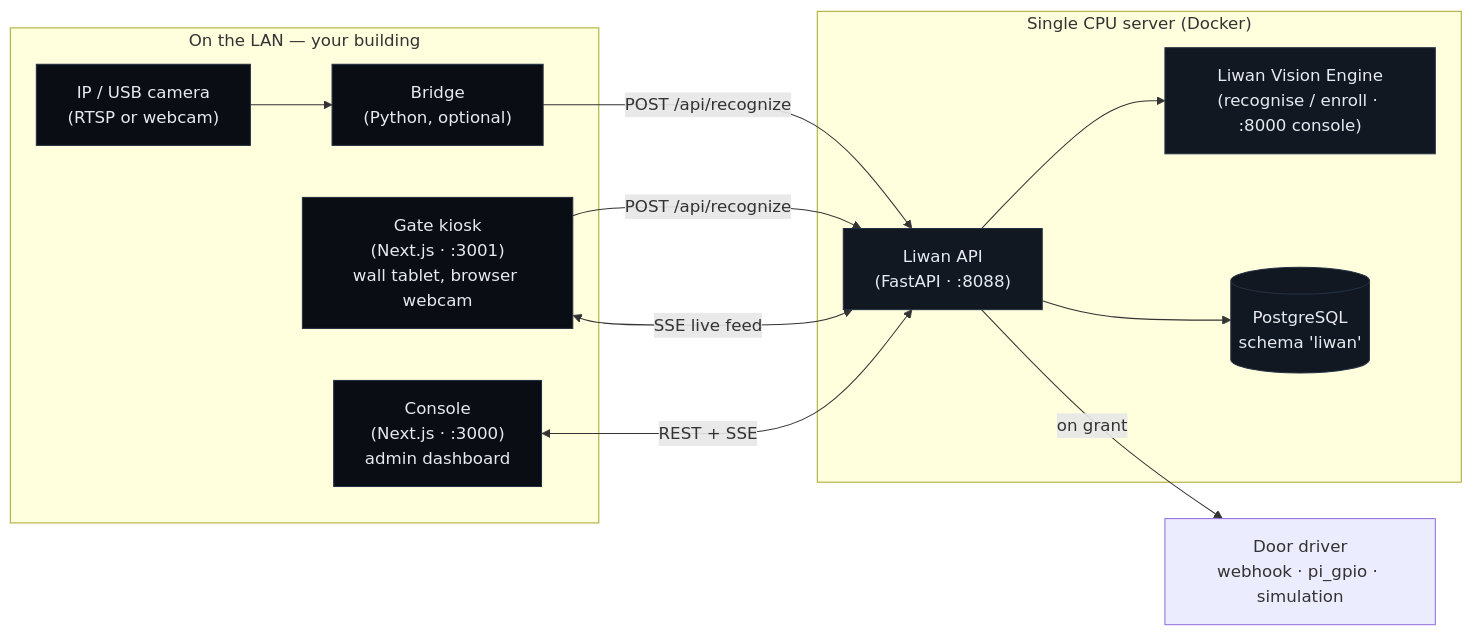
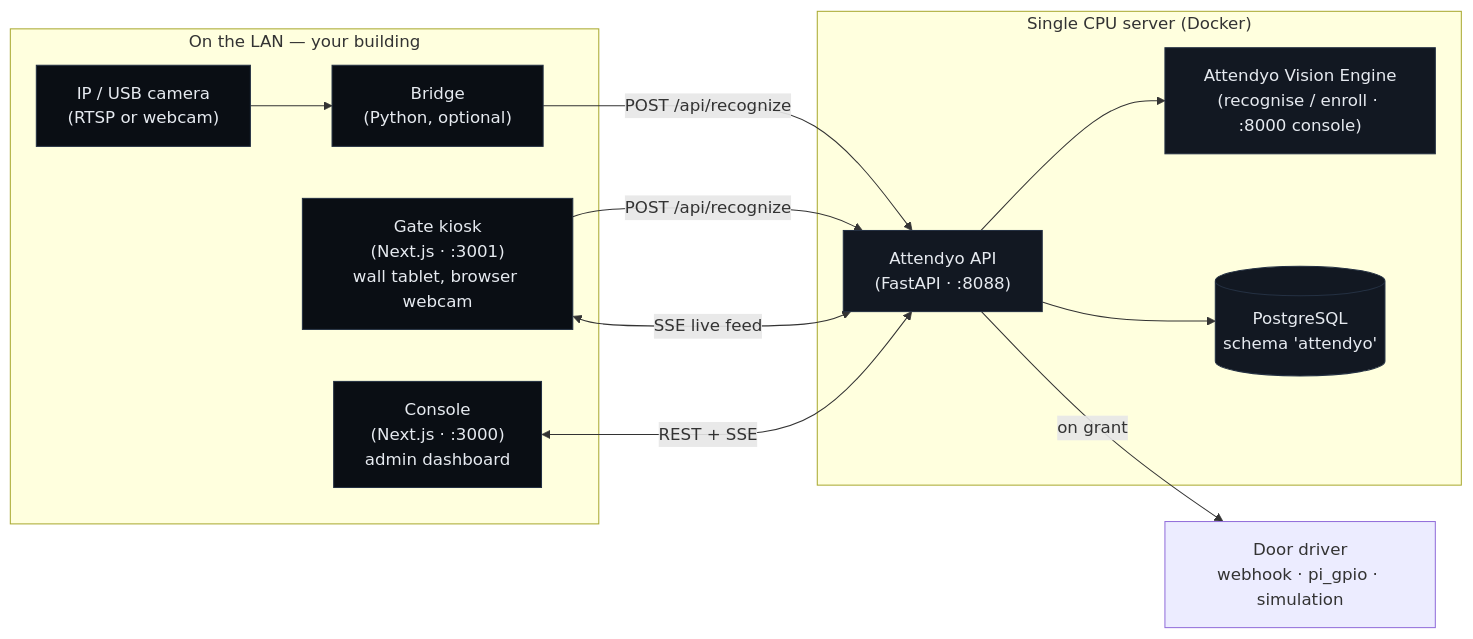
The diagram in README.md (badrmellal/attendyo), drawn with Mermaid before and after one commit. The commit also changed other lines of this file and 103 other files, not shown here.

````diff
--- a/README.md
+++ b/README.md
@@ -137,31 +131,31 @@
 ```mermaid
 flowchart LR
     subgraph Edge["On the LAN — your building"]
         CAM["IP / USB camera<br/>(RTSP or webcam)"]
         BR["Bridge<br/>(Python, optional)"]
         GATE["Gate kiosk<br/>(Next.js · :3001)<br/>wall tablet, browser webcam"]
         CONSOLE["Console<br/>(Next.js · :3000)<br/>admin dashboard"]
     end
 
     subgraph Server["Single CPU server (Docker)"]
-        API["Liwan API<br/>(FastAPI · :8088)"]
-        CF["Liwan Vision Engine<br/>(recognise / enroll · :8000 console)"]
-        DB[("PostgreSQL<br/>schema 'liwan'")]
+        API["Attendyo API<br/>(FastAPI · :8088)"]
+        CF["Attendyo Vision Engine<br/>(recognise / enroll · :8000 console)"]
+        DB[("PostgreSQL<br/>schema 'attendyo'")]
     end
 
     DOOR["Door driver<br/>webhook · pi_gpio · simulation"]
 
     CAM --> BR
     BR -- "POST /api/recognize" --> API
     GATE -- "POST /api/recognize" --> API
     CONSOLE <-- "REST + SSE" --> API
     GATE <-- "SSE live feed" --> API
     API --> CF
     API --> DB
     API -- "on grant" --> DOOR
 
     classDef srv fill:#121822,stroke:#243042,color:#E6EAF0;
     classDef edge fill:#0A0E14,stroke:#243042,color:#E6EAF0;
     class API,CF,DB srv;
     class CAM,BR,GATE,CONSOLE edge;
 ```
````
